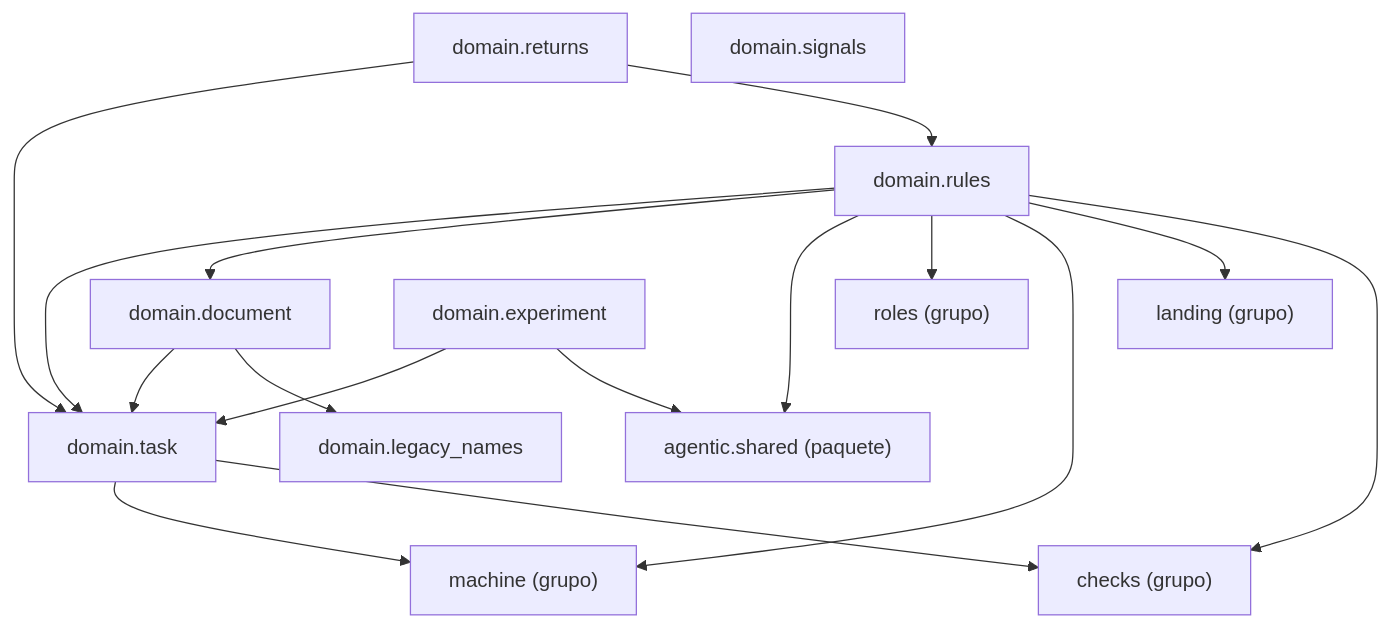
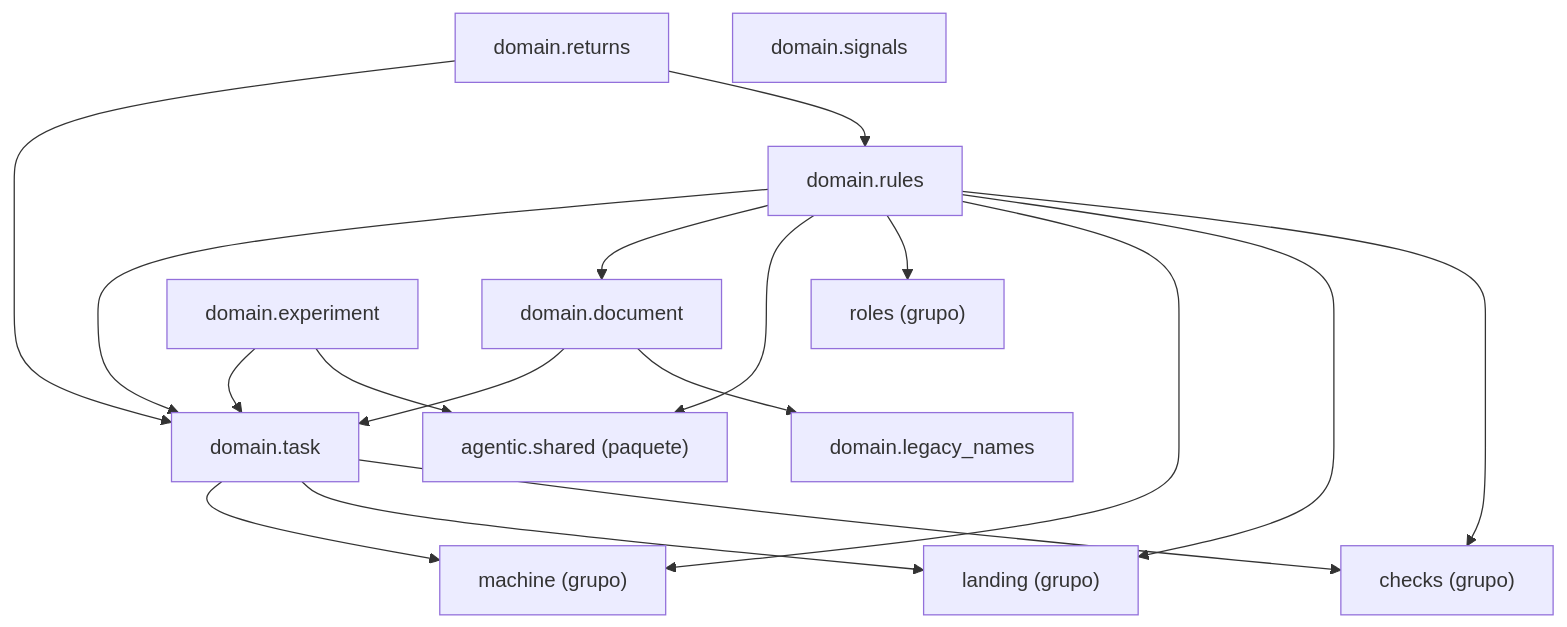
Before and after one commit to GonzaloZevallos/agentic-system: the diagram in docs/architecture/generated/packages-process-domain-state.md, drawn with Mermaid. The commit also changed 5 other files, not shown here.

````diff
--- a/docs/architecture/generated/packages-process-domain-state.md
+++ b/docs/architecture/generated/packages-process-domain-state.md
@@ -11,30 +11,31 @@
 ```mermaid
 graph TD
     g_domain__checks["checks (grupo)"]
     g_domain__landing["landing (grupo)"]
     g_domain__machine["machine (grupo)"]
     g_domain__roles["roles (grupo)"]
     g_pkg__agentic__shared["agentic.shared (paquete)"]
     m_domain__document["domain.document"]
     m_domain__experiment["domain.experiment"]
     m_domain__legacy_names["domain.legacy_names"]
     m_domain__returns["domain.returns"]
     m_domain__rules["domain.rules"]
     m_domain__signals["domain.signals"]
     m_domain__task["domain.task"]
     m_domain__document --> m_domain__legacy_names
     m_domain__document --> m_domain__task
     m_domain__experiment --> g_pkg__agentic__shared
     m_domain__experiment --> m_domain__task
     m_domain__returns --> m_domain__rules
     m_domain__returns --> m_domain__task
     m_domain__rules --> g_domain__checks
     m_domain__rules --> g_domain__landing
     m_domain__rules --> g_domain__machine
     m_domain__rules --> g_domain__roles
     m_domain__rules --> g_pkg__agentic__shared
     m_domain__rules --> m_domain__document
     m_domain__rules --> m_domain__task
     m_domain__task --> g_domain__checks
+    m_domain__task --> g_domain__landing
     m_domain__task --> g_domain__machine
 ```
````
